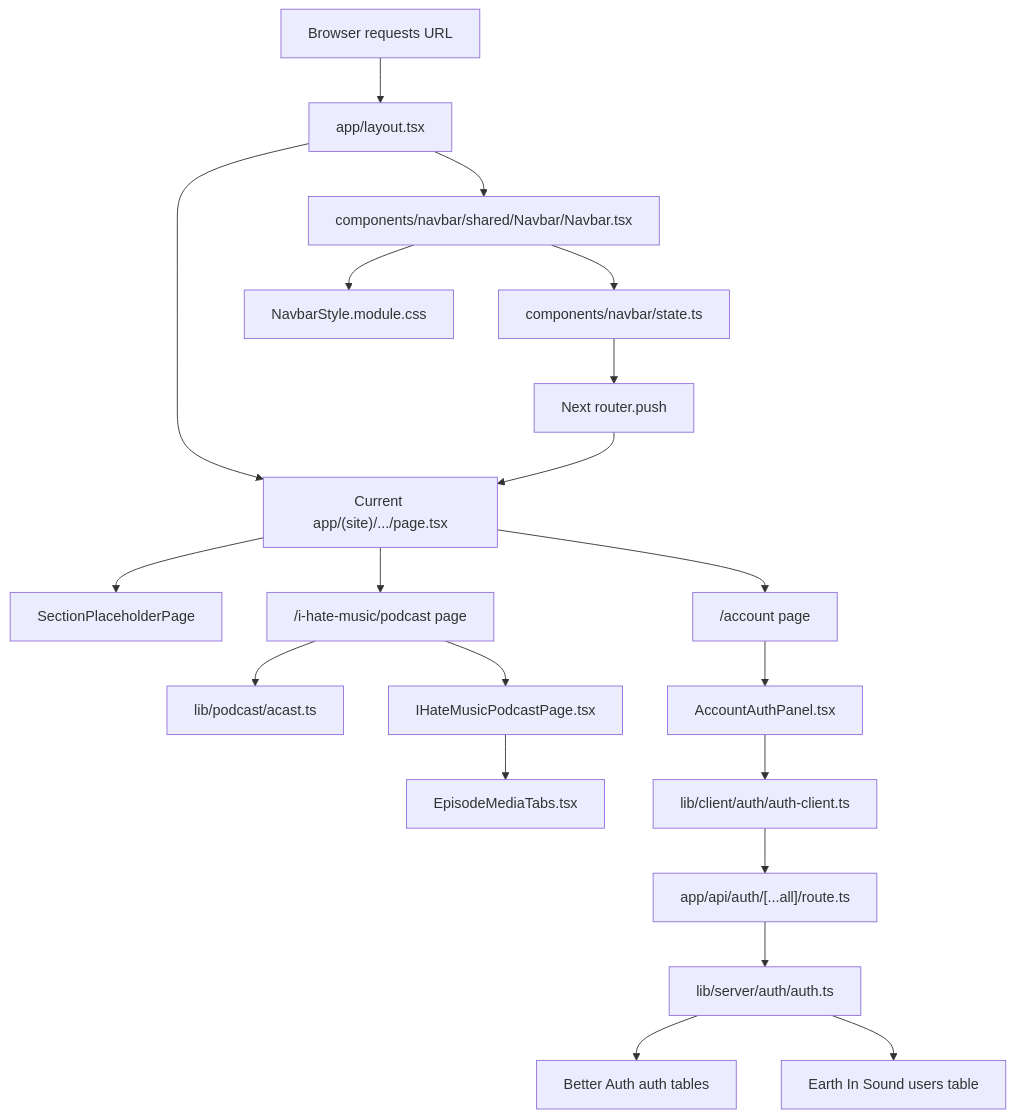
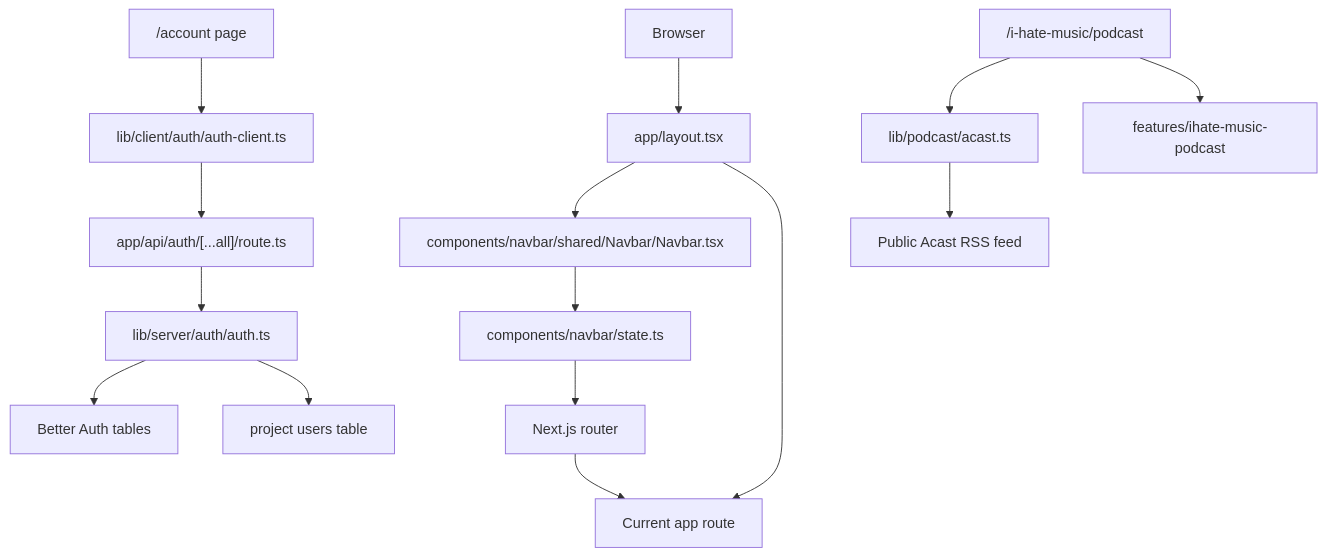
One commit to bucketb0t/Earth_In_Sound changed the first of 4 diagrams in PROJECT_LEARNING_FLOW.md. Above: the diagram before and after it, drawn with Mermaid. The commit also changed other lines of this file and 6 other files, not shown here.

````diff
--- a/PROJECT_LEARNING_FLOW.md
+++ b/PROJECT_LEARNING_FLOW.md
@@ -135,26 +51,20 @@
 ```mermaid
 flowchart TD
-  Browser["Browser requests URL"] --> Layout["app/layout.tsx"]
+  Browser["Browser"] --> Layout["app/layout.tsx"]
   Layout --> Navbar["components/navbar/shared/Navbar/Navbar.tsx"]
-  Layout --> CurrentPage["Current app/(site)/.../page.tsx"]
+  Layout --> RoutePage["Current app route"]
 
   Navbar --> NavbarState["components/navbar/state.ts"]
-  Navbar --> NavbarCss["NavbarStyle.module.css"]
-  NavbarState --> NextRouter["Next router.push"]
-  NextRouter --> CurrentPage
+  NavbarState --> NextRouter["Next.js router"]
+  NextRouter --> RoutePage
 
-  CurrentPage --> Placeholder["SectionPlaceholderPage"]
-  CurrentPage --> PodcastRoute["/i-hate-music/podcast page"]
-  CurrentPage --> AccountRoute["/account page"]
+  AccountPage["/account page"] --> AuthClient["lib/client/auth/auth-client.ts"]
+  AuthClient --> AuthRoute["app/api/auth/[...all]/route.ts"]
+  AuthRoute --> BetterAuth["lib/server/auth/auth.ts"]
+  BetterAuth --> AuthTables["Better Auth tables"]
+  BetterAuth --> ProjectUsers["project users table"]
 
-  PodcastRoute --> AcastParser["lib/podcast/acast.ts"]
-  PodcastRoute --> PodcastFeature["IHateMusicPodcastPage.tsx"]
-  PodcastFeature --> EpisodeMediaTabs["EpisodeMediaTabs.tsx"]
-
-  AccountRoute --> AccountPanel["AccountAuthPanel.tsx"]
-  AccountPanel --> AuthClient["lib/client/auth/auth-client.ts"]
-  AuthClient --> AuthApiRoute["app/api/auth/[...all]/route.ts"]
-  AuthApiRoute --> AuthServer["lib/server/auth/auth.ts"]
-  AuthServer --> BetterAuthTables["Better Auth auth tables"]
-  AuthServer --> ProjectUsers["Earth In Sound users table"]
+  PodcastRoute["/i-hate-music/podcast"] --> AcastParser["lib/podcast/acast.ts"]
+  AcastParser --> AcastFeed["Public Acast RSS feed"]
+  PodcastRoute --> PodcastUI["features/ihate-music-podcast"]
 ```
````
